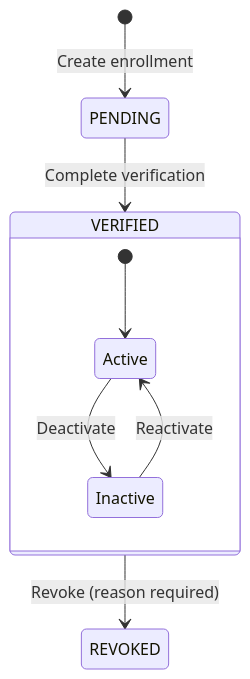
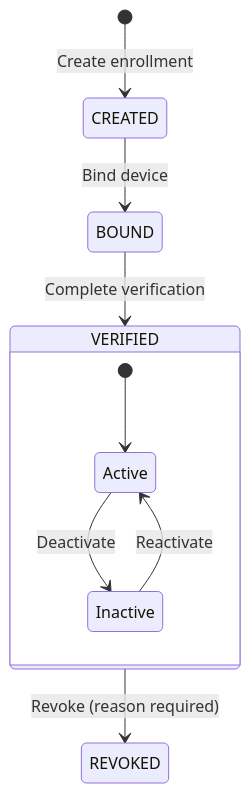
One commit to mgagp/ezkey changed the fourth of 4 diagrams in docs/LIFECYCLE_GOVERNANCE.md. Above: the diagram before and after it, drawn with Mermaid. The commit also changed other lines of this file and 18 other files, not shown here.

````diff
--- a/docs/LIFECYCLE_GOVERNANCE.md
+++ b/docs/LIFECYCLE_GOVERNANCE.md
@@ -211,12 +211,13 @@
 ```mermaid
 stateDiagram-v2
-    [*] --> PENDING : Create enrollment
-    PENDING --> VERIFIED : Complete verification
+    [*] --> CREATED : Create enrollment
+    CREATED --> BOUND : Bind device
+    BOUND --> VERIFIED : Complete verification
     VERIFIED --> REVOKED : Revoke (reason required)
 
     state VERIFIED {
         [*] --> Active
         Active --> Inactive : Deactivate
         Inactive --> Active : Reactivate
     }
 ```
````
